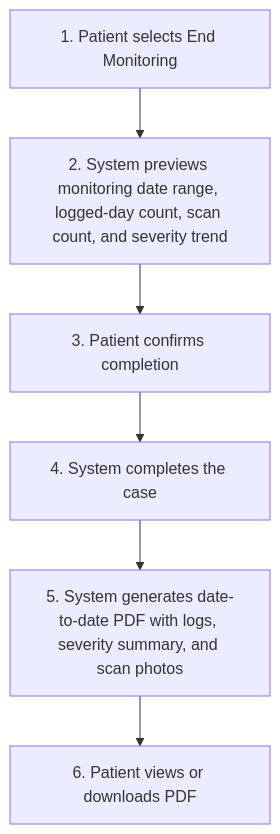
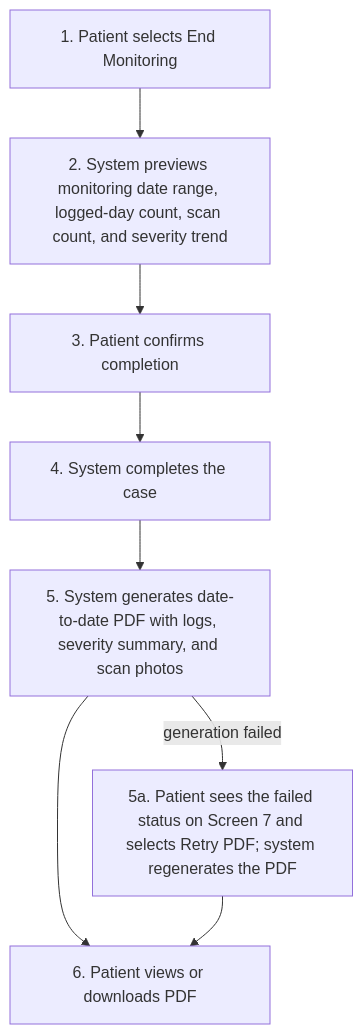
Before and after one commit to joachimtrungtuan/hairline-pm-docs: the second of 6 diagrams in project-requirements/functional-requirements/fr038-monitor-transplant-progress/prd.md, drawn with Mermaid. The commit also changed other lines of this file and 5 other files, not shown here.

Commit message:
docs(fr038): apply logic review pass 1 fixes to PRD and graph

````diff
--- a/project-requirements/functional-requirements/fr038-monitor-transplant-progress/prd.md
+++ b/project-requirements/functional-requirements/fr038-monitor-transplant-progress/prd.md
@@ -109,8 +110,10 @@
 ```mermaid
 flowchart TD
     A1S1["1. Patient selects End Monitoring"] --> A1S2["2. System previews monitoring date range, logged-day count, scan count, and severity trend"]
     A1S2 --> A1S3["3. Patient confirms completion"]
     A1S3 --> A1S4["4. System completes the case"]
     A1S4 --> A1S5["5. System generates date-to-date PDF with logs, severity summary, and scan photos"]
     A1S5 --> A1S6["6. Patient views or downloads PDF"]
+    A1S5 -->|"generation failed"| A1S5R["5a. Patient sees the failed status on Screen 7 and selects Retry PDF; system regenerates the PDF"]
+    A1S5R --> A1S6
 ```
````
